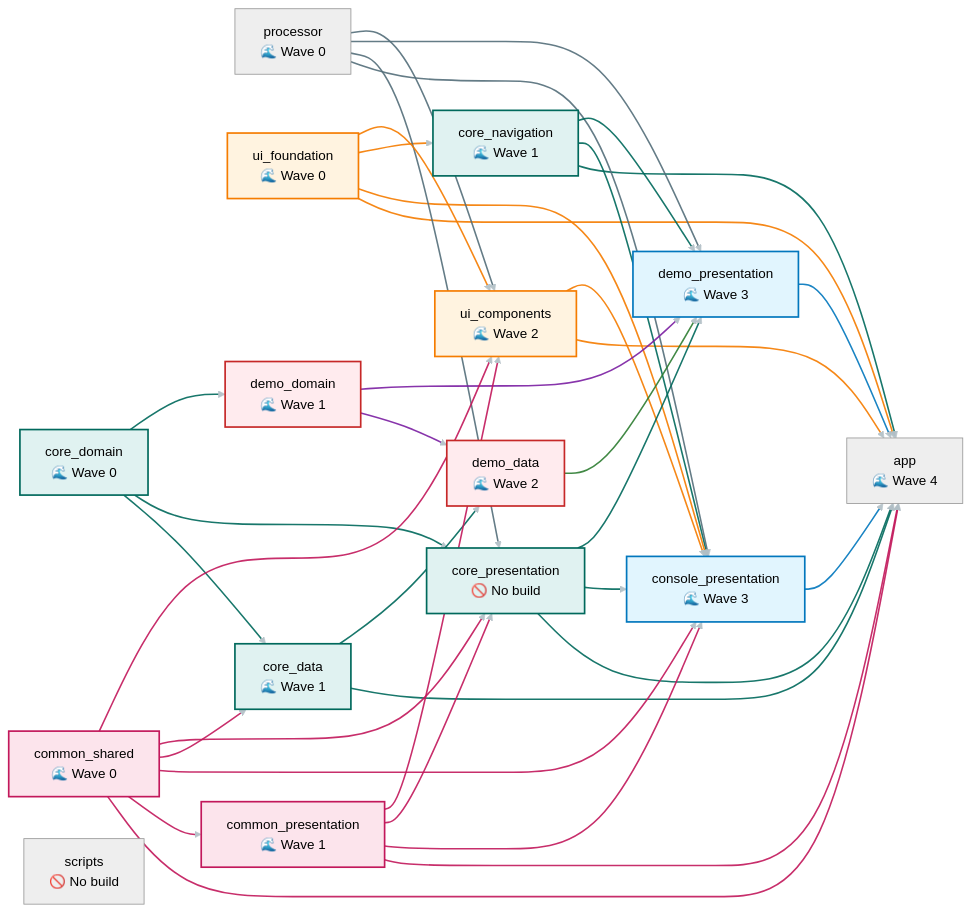
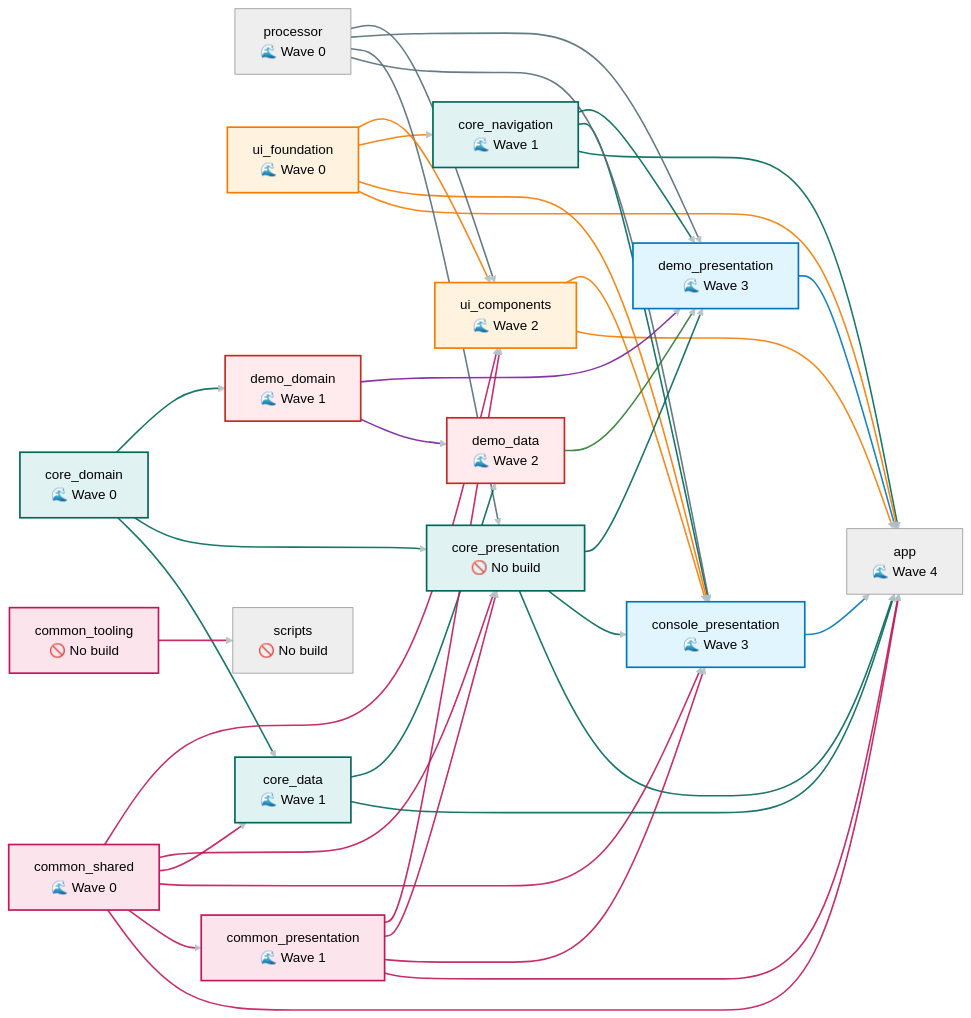
The diagram in flutter/build_info/graph_all.md (hhumbetovv/fullstack-template), drawn with Mermaid (neutral theme) before and after one commit. The commit also changed 30 other files, not shown here.

Commit message:
[flutter] common tooling module created for scripts and generator

```diff
--- a/flutter/build_info/graph_all.md
+++ b/flutter/build_info/graph_all.md
@@ -30,6 +30,8 @@
     demo_presentation["demo_presentation\n🌊 Wave 3"]
     demo_presentation:::presentation
     app["app\n🌊 Wave 4"]
+    common_tooling["common_tooling\n🚫 No build"]
+    common_tooling:::common
     core_presentation["core_presentation\n🚫 No build"]
     core_presentation:::core
     scripts["scripts\n🚫 No build"]
@@ -68,16 +70,17 @@
     demo_data --> demo_presentation
     demo_domain --> demo_presentation
     processor --> demo_presentation
+    common_tooling --> scripts
     common_presentation --> ui_components
     common_shared --> ui_components
     processor --> ui_components
     ui_foundation --> ui_components
 
-    linkStyle 0,1,9,10,11,17,20,21,32,33 stroke:#c2185b,stroke-width:1.9,opacity:0.9
+    linkStyle 0,1,9,10,11,17,20,21,32,33,34 stroke:#c2185b,stroke-width:1.9,opacity:0.9
     linkStyle 2,6 stroke:#0277bd,stroke-width:1.9,opacity:0.9
     linkStyle 3,4,5,12,13,18,22,24,26,27,28 stroke:#00695c,stroke-width:1.9,opacity:0.9
-    linkStyle 7,8,15,16,19,35 stroke:#f57c00,stroke-width:1.9,opacity:0.9
-    linkStyle 14,23,31,34 stroke:#546e7a,stroke-width:1.9,opacity:0.9
+    linkStyle 7,8,15,16,19,36 stroke:#f57c00,stroke-width:1.9,opacity:0.9
+    linkStyle 14,23,31,35 stroke:#546e7a,stroke-width:1.9,opacity:0.9
     linkStyle 25,30 stroke:#7b1fa2,stroke-width:1.9,opacity:0.9
     linkStyle 29 stroke:#2e7d32,stroke-width:1.9,opacity:0.9
 
```
